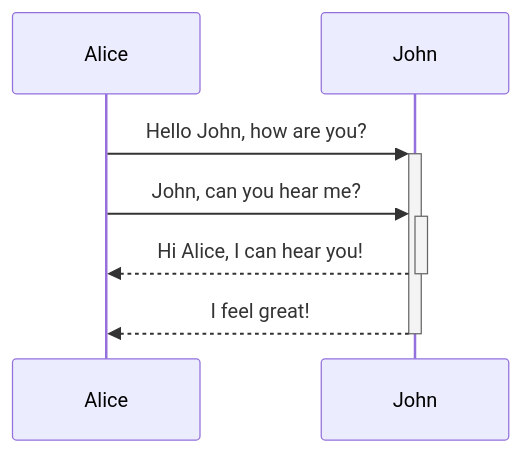
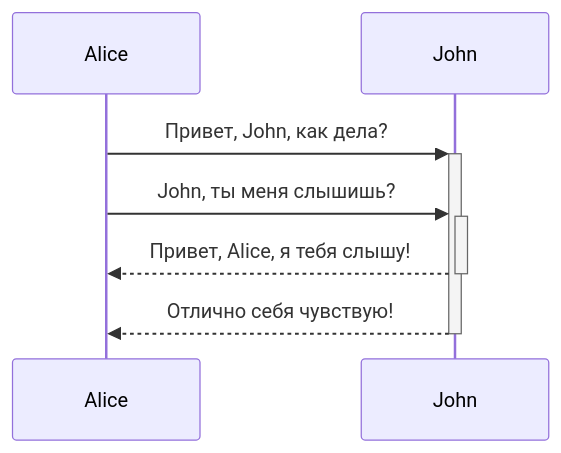
The first of 3 diagrams in theme-preview.md (raulett/obsidian-bootstrap), drawn with Mermaid before and after one commit. The commit also changed other lines of this file and 5 other files, not shown here.

````diff
--- a/theme-preview.md
+++ b/theme-preview.md
@@ -233,7 +236,7 @@
 ```mermaid
 sequenceDiagram
-    Alice ->>+ John: Hello John, how are you?
-    Alice ->>+ John: John, can you hear me?
-    John -->>- Alice: Hi Alice, I can hear you!
-    John -->>- Alice: I feel great!
+    Alice ->>+ John: Привет, John, как дела?
+    Alice ->>+ John: John, ты меня слышишь?
+    John -->>- Alice: Привет, Alice, я тебя слышу!
+    John -->>- Alice: Отлично себя чувствую!
 ```
````
